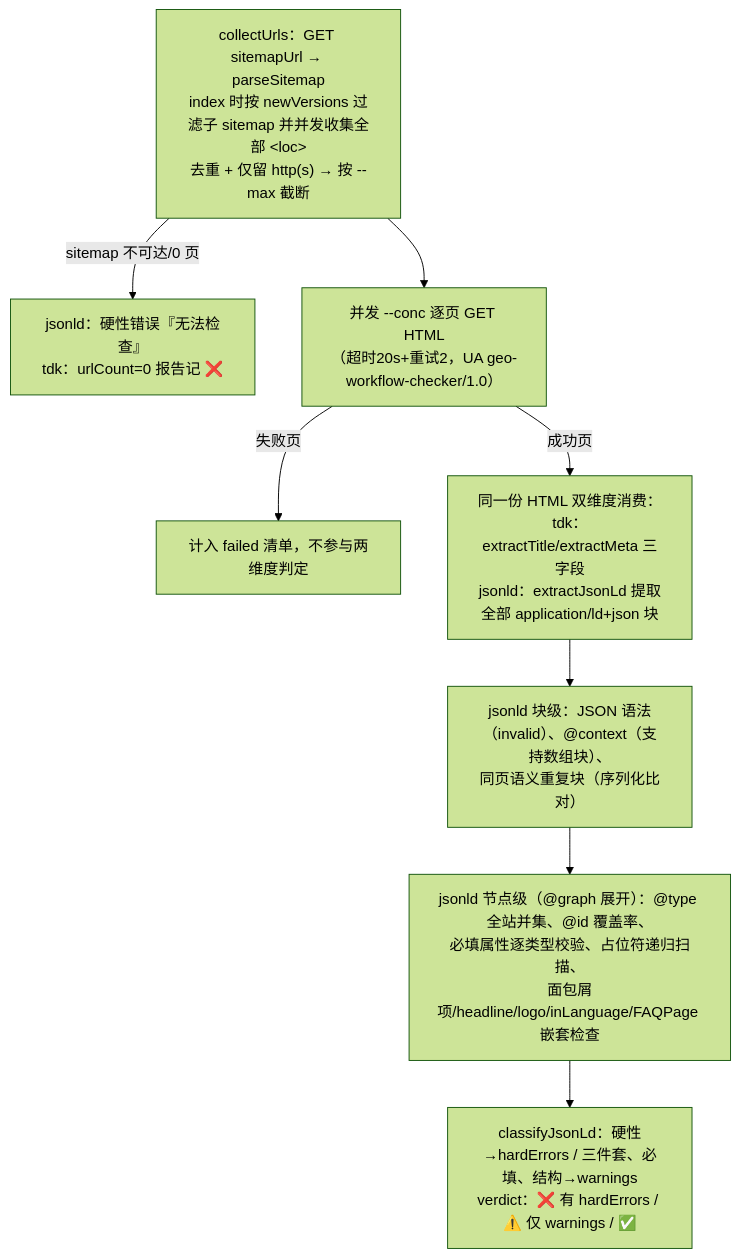
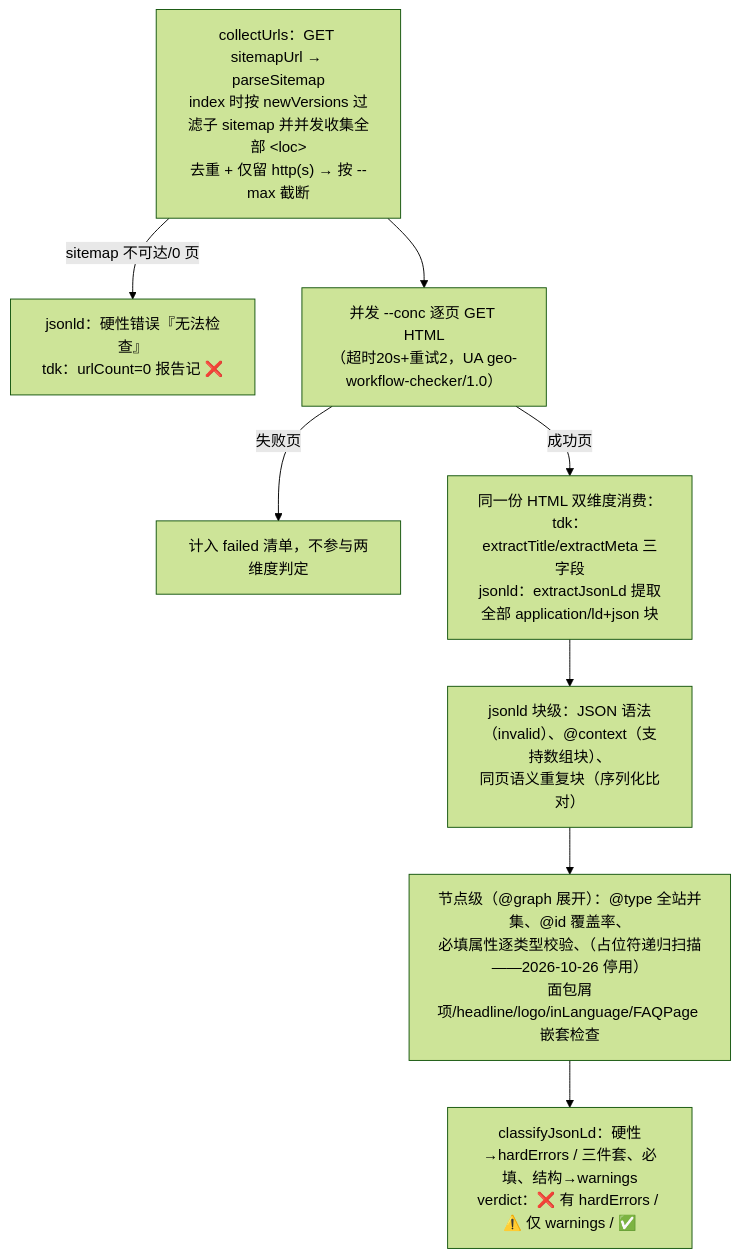
Before and after one commit to opensourceways/daily-check-workflow: the second of 2 diagrams in measures/04-json-ld/工具与脚本.md, drawn with Mermaid (forest theme). The commit also changed other lines of this file and 5 other files, not shown here.

````diff
--- a/measures/04-json-ld/工具与脚本.md
+++ b/measures/04-json-ld/工具与脚本.md
@@ -120,10 +120,10 @@
 ```mermaid
 flowchart TD
     A["collectUrls：GET sitemapUrl → parseSitemap<br/>index 时按 newVersions 过滤子 sitemap 并并发收集全部 &lt;loc&gt;<br/>去重 + 仅留 http(s) → 按 --max 截断"] -->|"sitemap 不可达/0 页"| E0["jsonld：硬性错误『无法检查』<br/>tdk：urlCount=0 报告记 ❌"]
     A --> B["并发 --conc 逐页 GET HTML<br/>（超时20s+重试2，UA geo-workflow-checker/1.0）"]
     B -->|"失败页"| X1["计入 failed 清单，不参与两维度判定"]
     B -->|"成功页"| X2["同一份 HTML 双维度消费：<br/>tdk：extractTitle/extractMeta 三字段<br/>jsonld：extractJsonLd 提取全部 application/ld+json 块"]
     X2 --> C1["jsonld 块级：JSON 语法（invalid）、@context（支持数组块）、<br/>同页语义重复块（序列化比对）"]
-    C1 --> C2["jsonld 节点级（@graph 展开）：@type 全站并集、@id 覆盖率、<br/>必填属性逐类型校验、占位符递归扫描、<br/>面包屑项/headline/logo/inLanguage/FAQPage 嵌套检查"]
+    C1 --> C2["节点级（@graph 展开）：@type 全站并集、@id 覆盖率、<br/>必填属性逐类型校验、（占位符递归扫描——2026-10-26 停用）<br/>面包屑项/headline/logo/inLanguage/FAQPage 嵌套检查"]
     C2 --> V["classifyJsonLd：硬性→hardErrors / 三件套、必填、结构→warnings<br/>verdict：❌ 有 hardErrors / ⚠️ 仅 warnings / ✅"]
 ```
````
